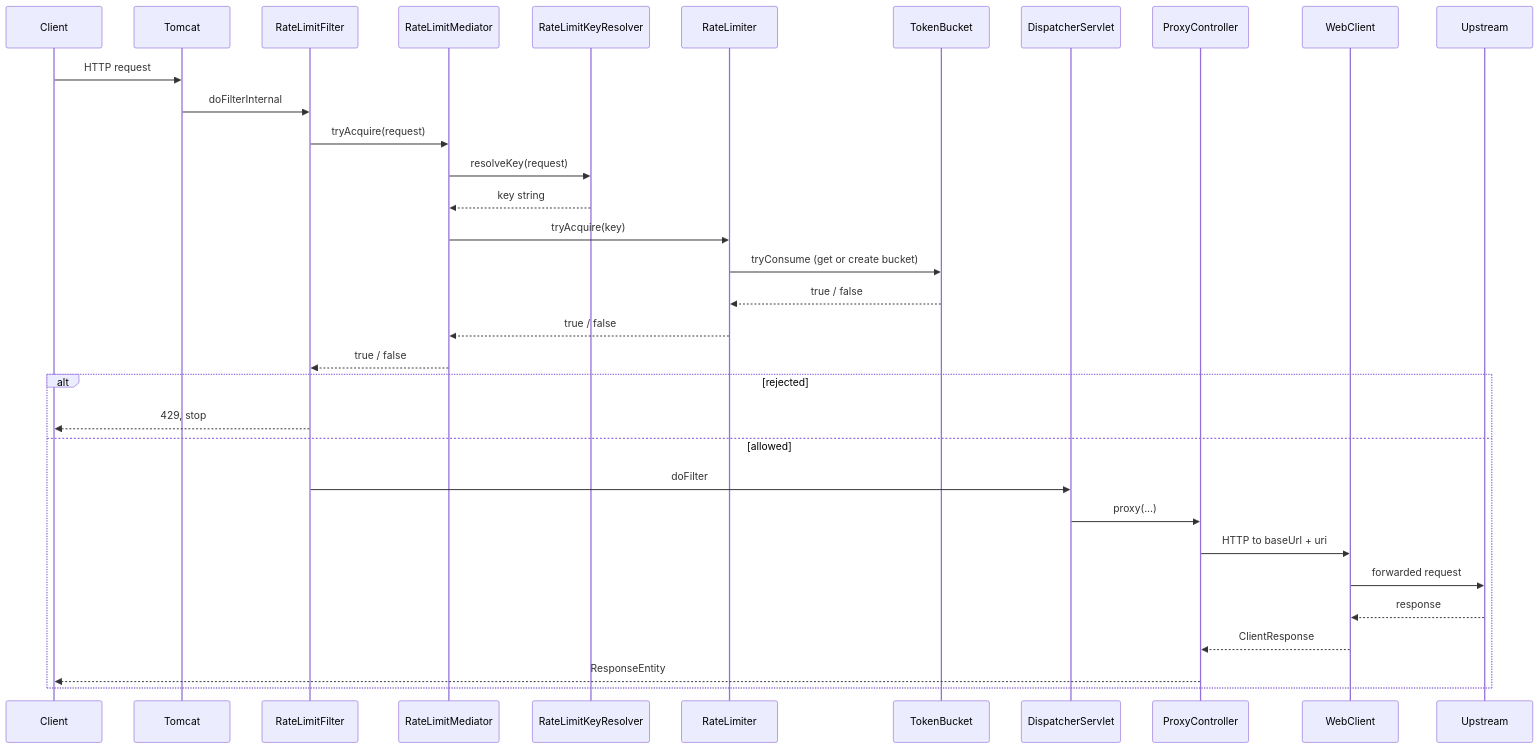
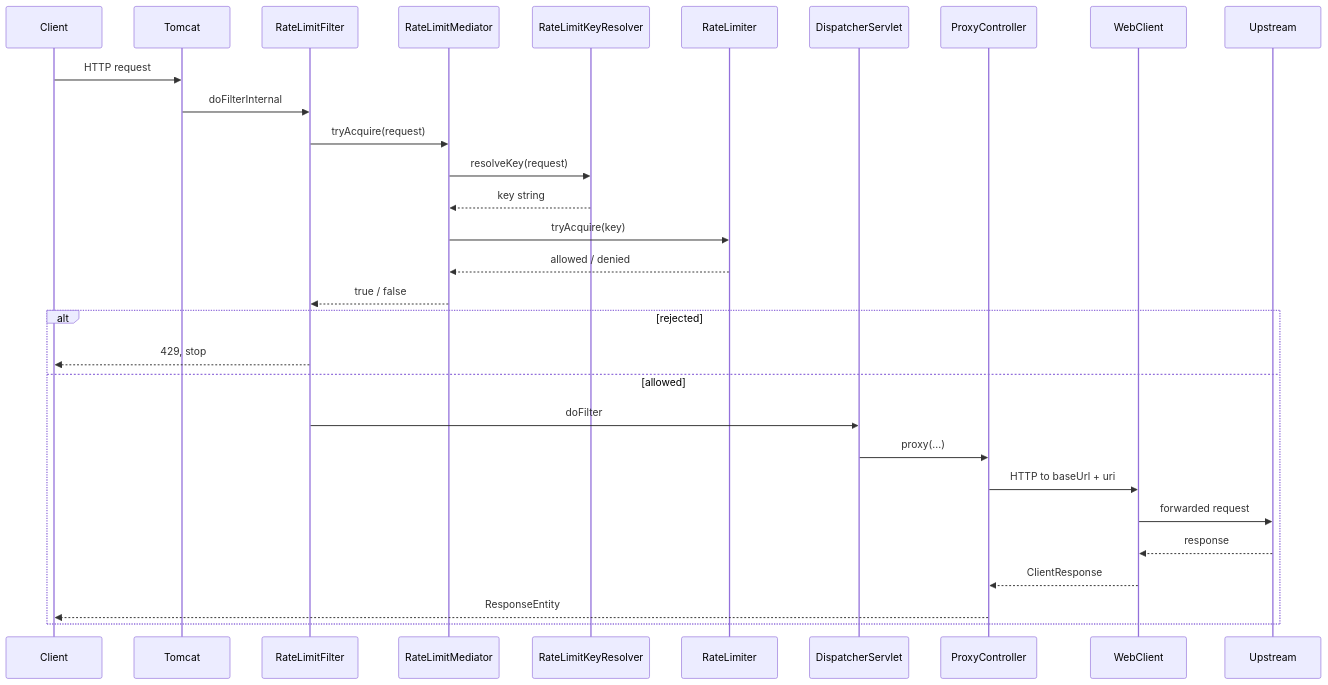
One commit to EvalVis/rate-limiting changed the second of 2 diagrams in docs/rate-limiting.md. Above: the diagram before and after it, drawn with Mermaid. The commit also changed other lines of this file, not shown here.

````diff
--- a/docs/rate-limiting.md
+++ b/docs/rate-limiting.md
@@ -93,35 +93,32 @@
 ```mermaid
 sequenceDiagram
   participant C as Client
   participant T as Tomcat
   participant F as RateLimitFilter
   participant M as RateLimitMediator
   participant KR as RateLimitKeyResolver
   participant RL as RateLimiter
-  participant TB as TokenBucket
   participant D as DispatcherServlet
   participant P as ProxyController
   participant W as WebClient
   participant U as Upstream
   C->>T: HTTP request
   T->>F: doFilterInternal
   F->>M: tryAcquire(request)
   M->>KR: resolveKey(request)
   KR-->>M: key string
   M->>RL: tryAcquire(key)
-  RL->>TB: tryConsume (get or create bucket)
-  TB-->>RL: true / false
-  RL-->>M: true / false
+  RL-->>M: allowed / denied
   M-->>F: true / false
   alt rejected
     F-->>C: 429, stop
   else allowed
     F->>D: doFilter
     D->>P: proxy(...)
     P->>W: HTTP to baseUrl + uri
     W->>U: forwarded request
     U-->>W: response
     W-->>P: ClientResponse
     P-->>C: ResponseEntity
   end
 ```
````
